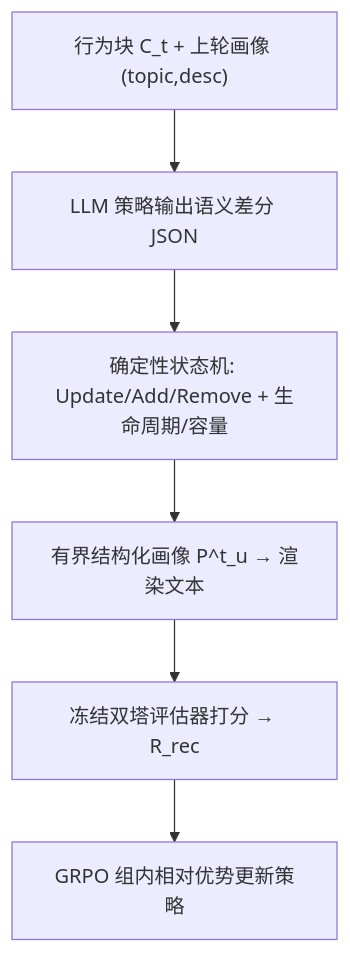
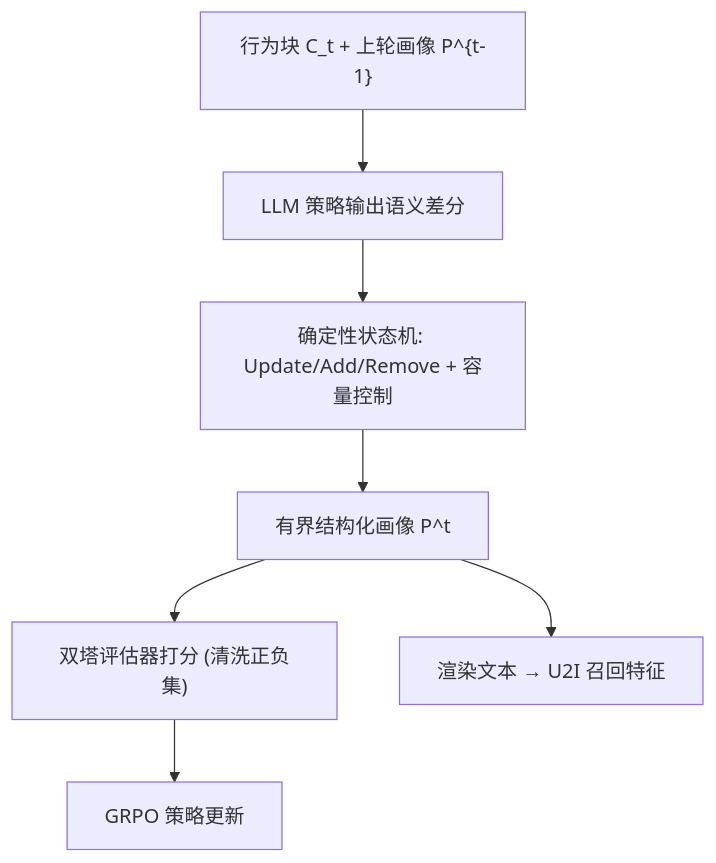
The diagram in docs/venues/RecSys/2026/llm_rec/recap_feedback_driven_streaming_semantic_user_profiles_for_short_video_reco.md (jbdcia321vw/Paper-Notes), drawn with Mermaid before and after one commit. The commit also changed other lines of this file and 1119 other files, not shown here.

````diff
--- a/docs/venues/RecSys/2026/llm_rec/recap_feedback_driven_streaming_semantic_user_profiles_for_short_video_reco.md
+++ b/docs/venues/RecSys/2026/llm_rec/recap_feedback_driven_streaming_semantic_user_profiles_for_short_video_reco.md
@@ -46,8 +46,9 @@
 ```mermaid
 flowchart TD
-    A["行为块 C_t + 上轮画像 (topic,desc)"] --> B["LLM 策略输出语义差分 JSON"]
-    B --> C["确定性状态机: Update/Add/Remove + 生命周期/容量"]
-    C --> D["有界结构化画像 P^t_u → 渲染文本"]
-    D --> E["冻结双塔评估器打分 → R_rec"]
-    E --> F["GRPO 组内相对优势更新策略"]
+    A["行为块 C_t + 上轮画像 P^{t-1}"] --> B["LLM 策略输出语义差分"]
+    B --> C["确定性状态机: Update/Add/Remove + 容量控制"]
+    C --> D["有界结构化画像 P^t"]
+    D --> E["双塔评估器打分 (清洗正负集)"]
+    E --> F["GRPO 策略更新"]
+    D --> G["渲染文本 → U2I 召回特征"]
 ```
````
